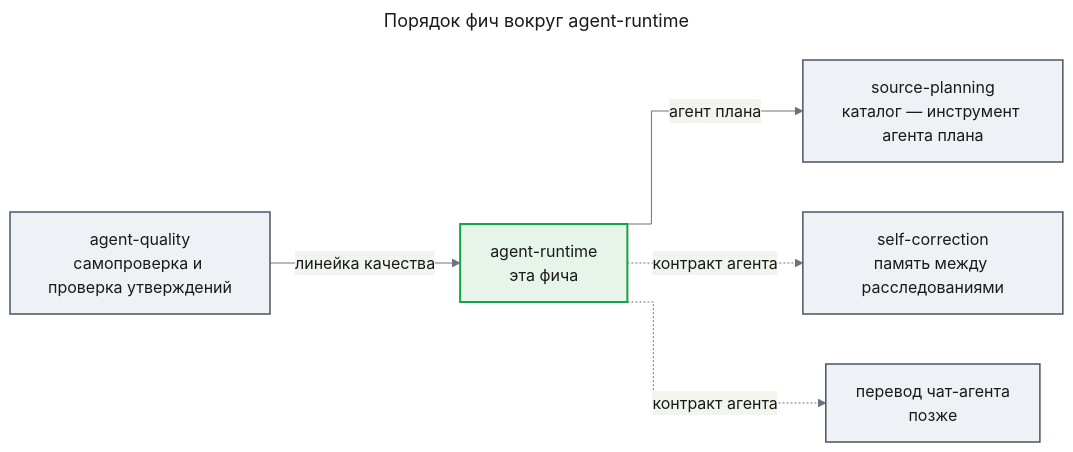
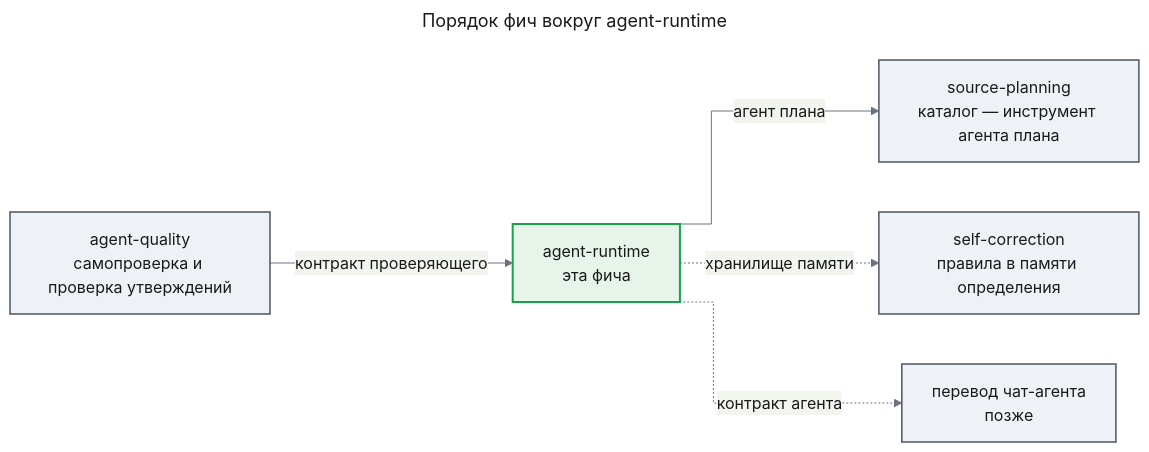
One commit to tundraray/agent-os changed the second of 5 diagrams in docs/features/agent-runtime/prd.md. Above: the diagram before and after it, drawn with Mermaid. The commit also changed other lines of this file and 4 other files, not shown here.

````diff
--- a/docs/features/agent-runtime/prd.md
+++ b/docs/features/agent-runtime/prd.md
@@ -110,29 +114,29 @@
 ```mermaid
 ---
 title: "Порядок фич вокруг agent-runtime"
 config:
   theme: base
   look: classic
   themeVariables:
     primaryColor: "#eef1f5"
     primaryBorderColor: "#4b5563"
     primaryTextColor: "#1a1a1a"
     lineColor: "#6b7280"
   flowchart:
     curve: step
 ---
 flowchart LR
     aq["agent-quality<br/>самопроверка и проверка утверждений"]
     ar["agent-runtime<br/>эта фича"]
     sp["source-planning<br/>каталог — инструмент агента плана"]
-    sc["self-correction<br/>память между расследованиями"]
+    sc["self-correction<br/>правила в памяти определения"]
     chat["перевод чат-агента<br/>позже"]
-    aq -->|"линейка качества"| ar
+    aq -->|"контракт проверяющего"| ar
     ar -->|"агент плана"| sp
-    ar -.->|"контракт агента"| sc
+    ar -.->|"хранилище памяти"| sc
     ar -.->|"контракт агента"| chat
     classDef new fill:#e6f4ea,stroke:#16a34a,stroke-width:2px,color:#1a1a1a
     classDef unchanged fill:#eef1f5,stroke:#4b5563,stroke-width:1.5px,color:#1a1a1a
     class ar new
     class aq,sp,sc,chat unchanged
 ```
````
